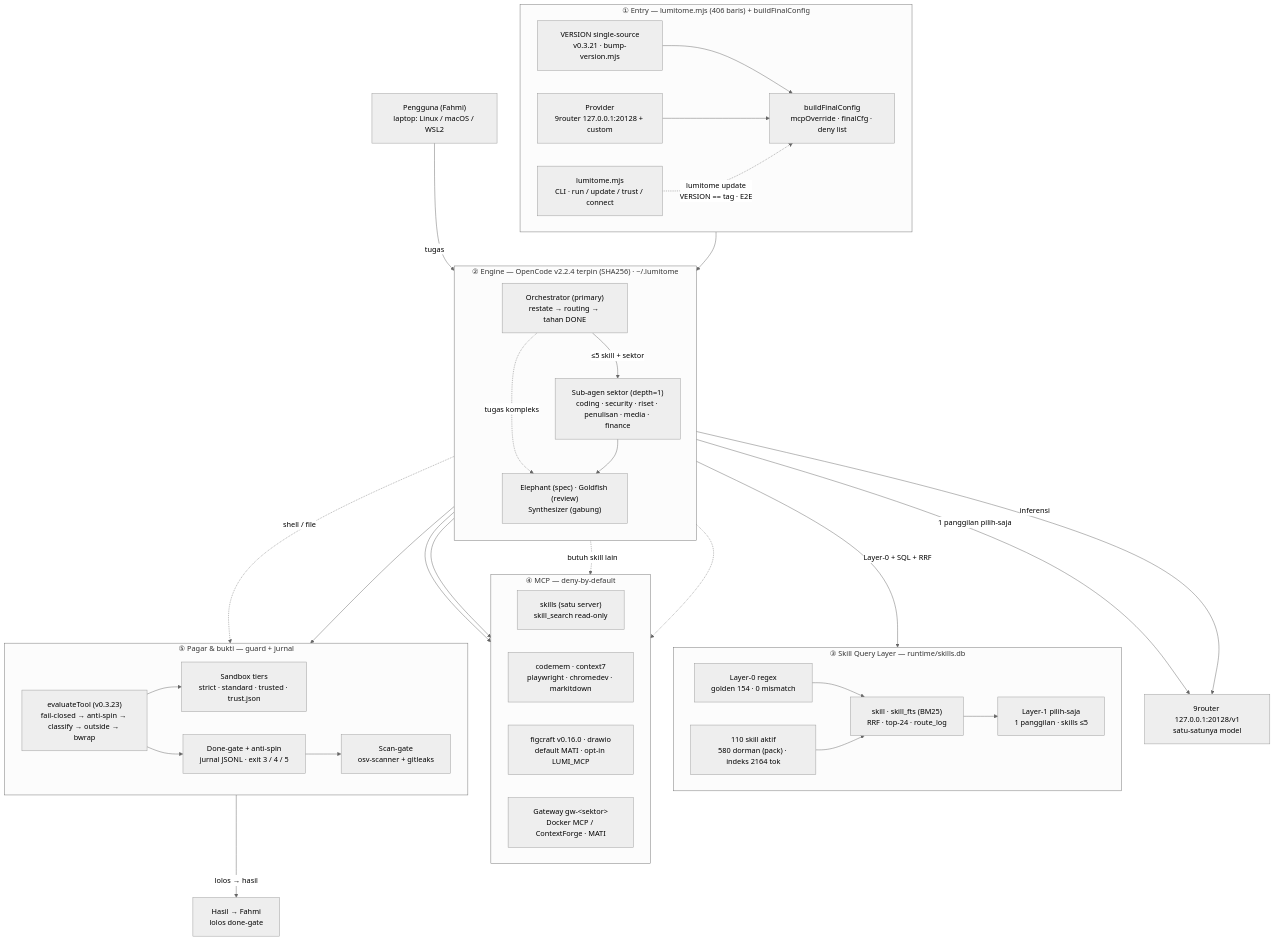
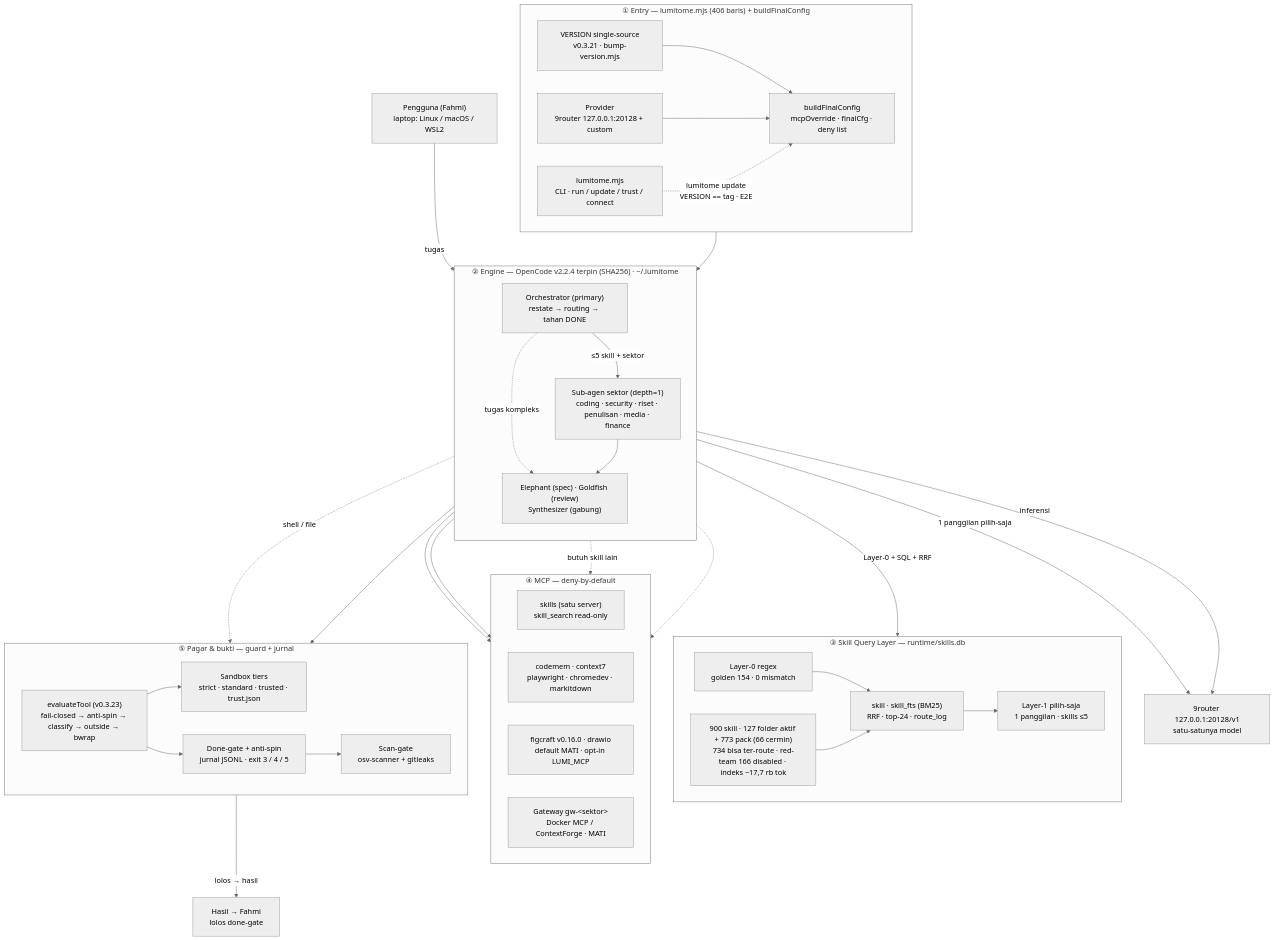
The diagram in docs/diagrams/arsitektur-final.mmd (fahmi0812/Lumitome), drawn with Mermaid (neutral theme) before and after one commit. The commit also changed 272 other files, not shown here.

```diff
--- a/docs/diagrams/arsitektur-final.mmd
+++ b/docs/diagrams/arsitektur-final.mmd
@@ -1,73 +1,73 @@
 ---
 config:
   flowchart:
     padding: 18
 ---
 flowchart TB
   U["Pengguna (Fahmi)<br/>laptop: Linux / macOS / WSL2"]
 
   subgraph ENTRY["① Entry — lumitome.mjs (406 baris) + buildFinalConfig"]
     direction LR
     E1["lumitome.mjs<br/>CLI · run / update / trust / connect"]
     E2["buildFinalConfig<br/>mcpOverride · finalCfg · deny list"]
     E3["VERSION single-source<br/>v0.3.21 · bump-version.mjs"]
     E4["Provider<br/>9router 127.0.0.1:20128 + custom"]
     E3 --> E2
     E4 --> E2
     E1 -. "lumitome update<br/>VERSION == tag · E2E" .-> E2
   end
 
   subgraph ENG["② Engine — OpenCode v2.2.4 terpin (SHA256) · ~/.lumitome"]
     direction TB
     ORC["Orchestrator (primary)<br/>restate → routing → tahan DONE"]
     SEK["Sub-agen sektor (depth=1)<br/>coding · security · riset · penulisan · media · finance"]
     AUX["Elephant (spec) · Goldfish (review)<br/>Synthesizer (gabung)"]
     ORC -- "≤5 skill + sektor" --> SEK
     ORC -. "tugas kompleks" .-> AUX
     SEK --> AUX
   end
 
   subgraph SQL["③ Skill Query Layer — runtime/skills.db"]
     direction LR
     L0["Layer-0 regex<br/>golden 154 · 0 mismatch"]
     DB["skill · skill_fts (BM25)<br/>RRF · top-24 · route_log"]
     L1["Layer-1 pilih-saja<br/>1 panggilan · skills ≤5"]
-    REG["110 skill aktif<br/>580 dorman (pack) · indeks 2164 tok"]
+    REG["900 skill · 127 folder aktif + 773 pack (66 cermin)<br/>734 bisa ter-route · red-team 166 disabled · indeks ~17,7 rb tok"]
     L0 --> DB --> L1
     REG --> DB
   end
 
   subgraph MCP["④ MCP — deny-by-default"]
     direction LR
     M1["skills (satu server)<br/>skill_search read-only"]
     M2["codemem · context7<br/>playwright · chromedev · markitdown"]
     M3["figcraft v0.16.0 · drawio<br/>default MATI · opt-in LUMI_MCP"]
     M4["Gateway gw-&lt;sektor&gt;<br/>Docker MCP / ContextForge · MATI"]
   end
 
   subgraph GATE["⑤ Pagar & bukti — guard + jurnal"]
     direction LR
     EV["evaluateTool (v0.3.23)<br/>fail-closed → anti-spin → classify → outside → bwrap"]
     SB["Sandbox tiers<br/>strict · standard · trusted · trust.json"]
     DG["Done-gate + anti-spin<br/>jurnal JSONL · exit 3 / 4 / 5"]
     SG["Scan-gate<br/>osv-scanner + gitleaks"]
     EV --> SB
     EV --> DG
     DG --> SG
   end
 
   R9["9router 127.0.0.1:20128/v1<br/>satu-satunya model"]
   OUT["Hasil → Fahmi<br/>lolos done-gate"]
 
   U -- "tugas" --> ORC
   ENTRY --> ENG
   ORC -- "Layer-0 + SQL + RRF" --> DB
   ORC -- "1 panggilan pilih-saja" --> R9
   SEK -- "inferensi" --> R9
   SEK --> M1
   SEK --> M2
   SEK -. "butuh skill lain" .-> M3
   SEK -.-> M4
   SEK -. "shell / file" .-> EV
   AUX --> DG
   DG -- "lolos → hasil" --> OUT
```
